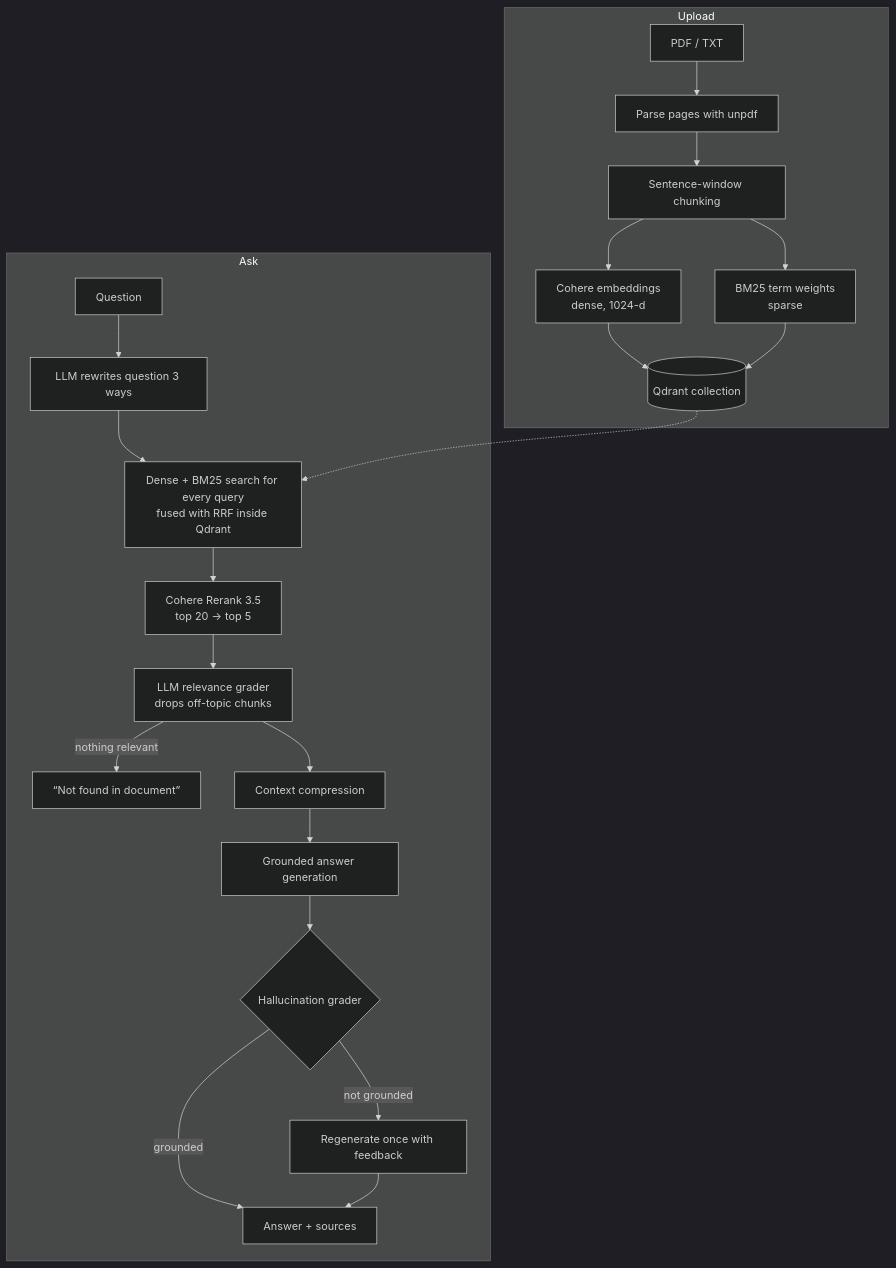
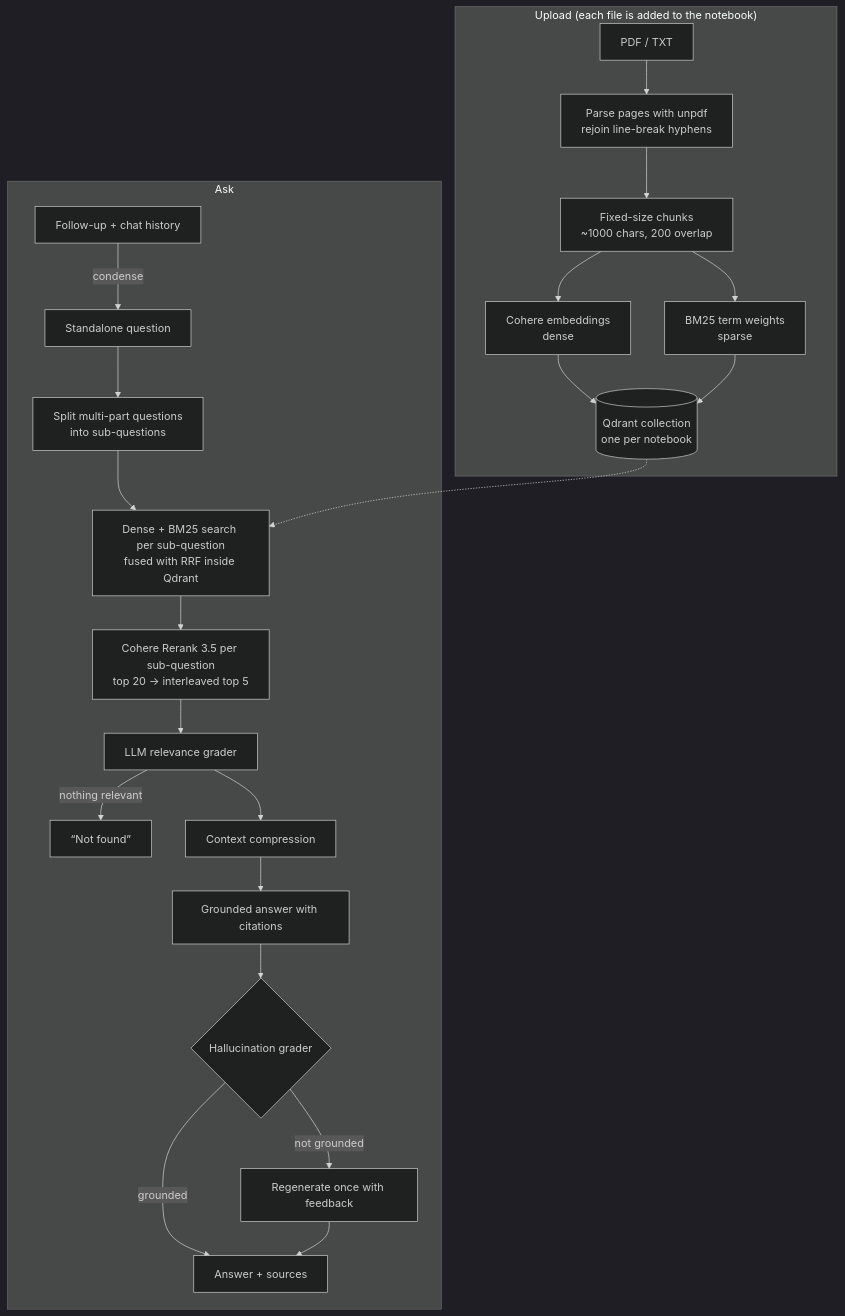
One commit to 31UTKARSH07-ALPHA/Notebook-RAG changed the diagram in README.md. Above: the diagram before and after it, drawn with Mermaid (dark theme). The commit also changed other lines of this file and 6 other files, not shown here.

````diff
--- a/README.md
+++ b/README.md
@@ -9,25 +24,26 @@
 ```mermaid
 flowchart TD
-    subgraph Ingestion["Upload"]
-        A[PDF / TXT] --> B[Parse pages with unpdf]
-        B --> C[Sentence-window chunking]
-        C --> D[Cohere embeddings<br/>dense, 1024-d]
+    subgraph Ingestion["Upload (each file is added to the notebook)"]
+        A[PDF / TXT] --> B[Parse pages with unpdf<br/>rejoin line-break hyphens]
+        B --> C[Fixed-size chunks<br/>~1000 chars, 200 overlap]
+        C --> D[Cohere embeddings<br/>dense]
         C --> E[BM25 term weights<br/>sparse]
-        D --> F[(Qdrant collection)]
+        D --> F[(Qdrant collection<br/>one per notebook)]
         E --> F
     end
 
     subgraph Query["Ask"]
-        Q[Question] --> R[LLM rewrites question 3 ways]
-        R --> S[Dense + BM25 search for every query<br/>fused with RRF inside Qdrant]
+        H[Follow-up + chat history] -->|condense| Q[Standalone question]
+        Q --> R[Split multi-part questions<br/>into sub-questions]
+        R --> S[Dense + BM25 search per sub-question<br/>fused with RRF inside Qdrant]
         F -.-> S
-        S --> T[Cohere Rerank 3.5<br/>top 20 → top 5]
-        T --> U[LLM relevance grader<br/>drops off-topic chunks]
-        U -->|nothing relevant| NF[“Not found in document”]
+        S --> T[Cohere Rerank 3.5 per sub-question<br/>top 20 → interleaved top 5]
+        T --> U[LLM relevance grader]
+        U -->|nothing relevant| NF[“Not found”]
         U --> V[Context compression]
-        V --> W[Grounded answer generation]
+        V --> W[Grounded answer with citations]
         W --> X{Hallucination grader}
         X -->|grounded| Y[Answer + sources]
         X -->|not grounded| W2[Regenerate once with feedback] --> Y
     end
 ```
````
